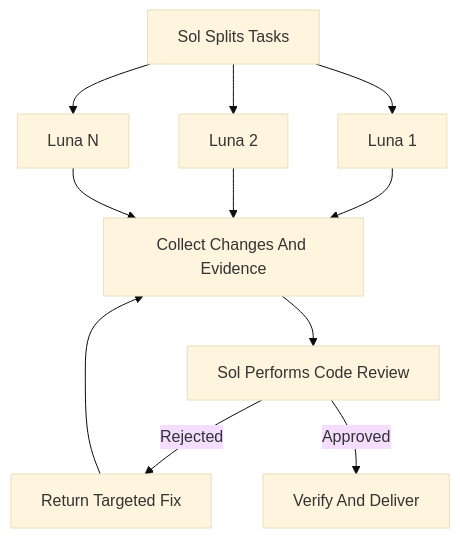
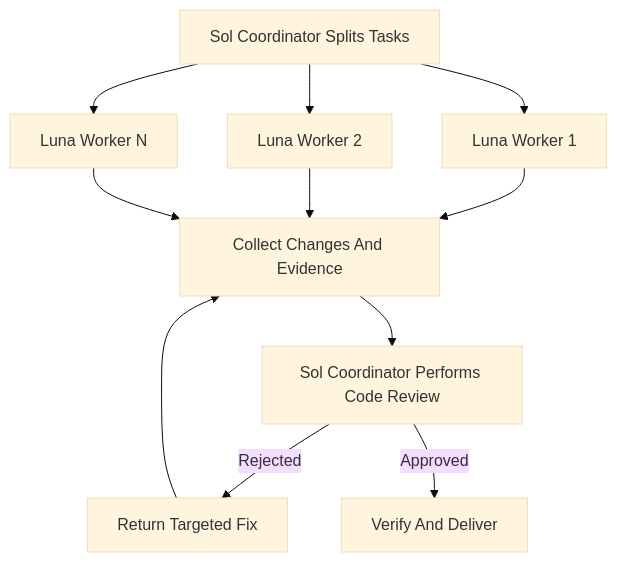
Before and after one commit to hanjeahwan/common-skills: the diagram in .agents/skills/codex-luna-swarm/SKILL.md, drawn with Mermaid (base theme). The commit also changed other lines of this file and 3 other files, not shown here.

Commit message:
♻️ (agents) clarify Sol coordinator and Luna worker roles for swarm handling

````diff
--- a/.agents/skills/codex-luna-swarm/SKILL.md
+++ b/.agents/skills/codex-luna-swarm/SKILL.md
@@ -10,13 +10,13 @@
 ```mermaid
 flowchart TD
-    S[Sol Splits Tasks] --> L1[Luna 1]
-    S --> L2[Luna 2]
-    S --> LN[Luna N]
+    S[Sol Coordinator Splits Tasks] --> L1[Luna Worker 1]
+    S --> L2[Luna Worker 2]
+    S --> LN[Luna Worker N]
     L1 --> G[Collect Changes And Evidence]
     L2 --> G
     LN --> G
-    G --> R[Sol Performs Code Review]
+    G --> R[Sol Coordinator Performs Code Review]
     R -->|Rejected| F[Return Targeted Fix]
     F --> G
     R -->|Approved| V[Verify And Deliver]
 ```
````
